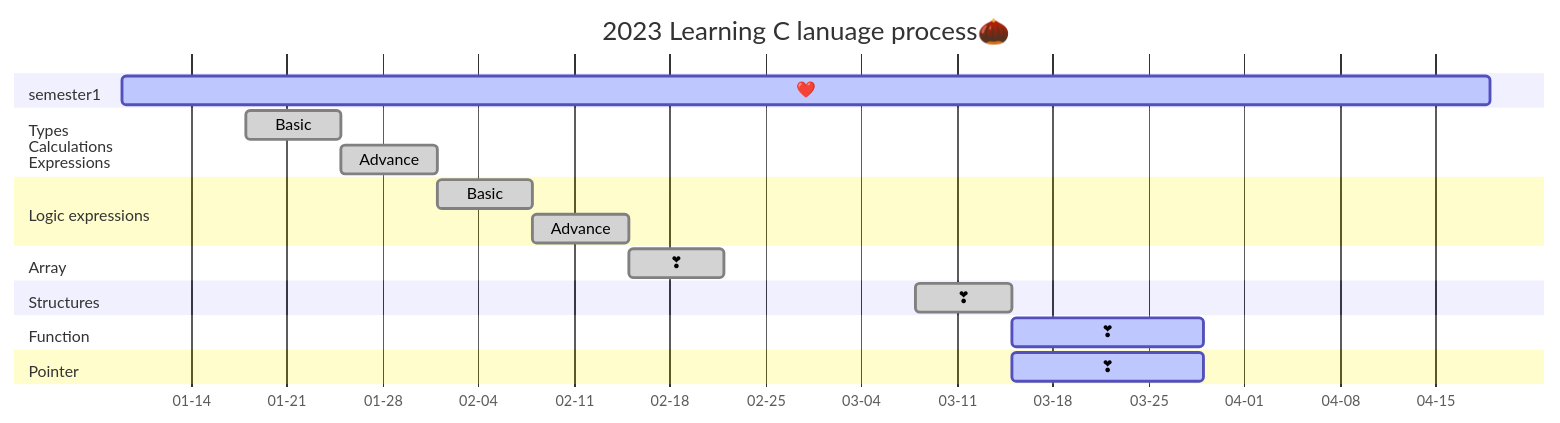
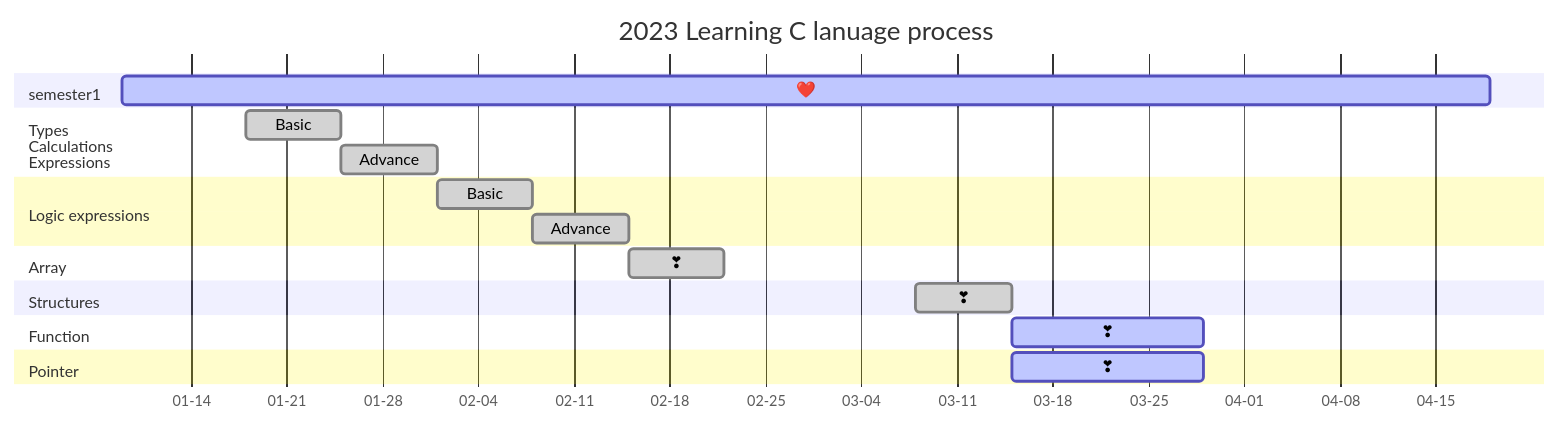
The diagram in README.md (AimeeWen1992/Learning-C), drawn with Mermaid before and after one commit. The commit also changed other lines of this file, not shown here.

````diff
--- a/README.md
+++ b/README.md
@@ -15,28 +17,28 @@
 ```mermaid
 gantt
-title 2023 Learning C lanuage process🌰 
+title 2023 Learning C lanuage process 
 dateFormat YYYY-MM-DD
 axisFormat %m-%d
 
 section semester1
         ❤️:active,01-09,100d
 section Types<br />Calculations<br />Expressions
  Basic   :done,01-18,7d
  Advance :done,01-25,7d
 
 section Logic expressions
 Basic   :done,02-01,7d
 Advance :done,02-08,7d
 
 section Array
  ❣   :done,02-15,7d
 
 section Structures
  ❣   :done,03-08,7d
 
 section Function
  ❣   :active,03-15,14d
 
 section Pointer
  ❣   :active,03-15,14d
 ```
````
